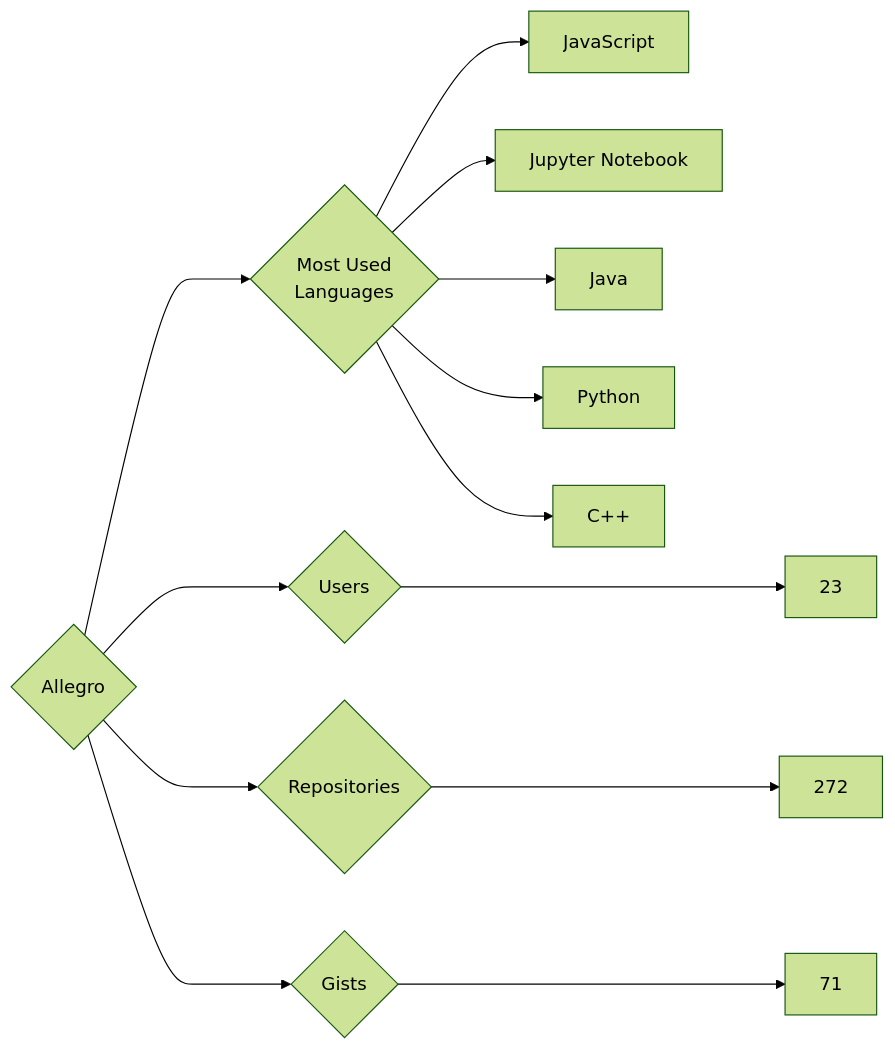
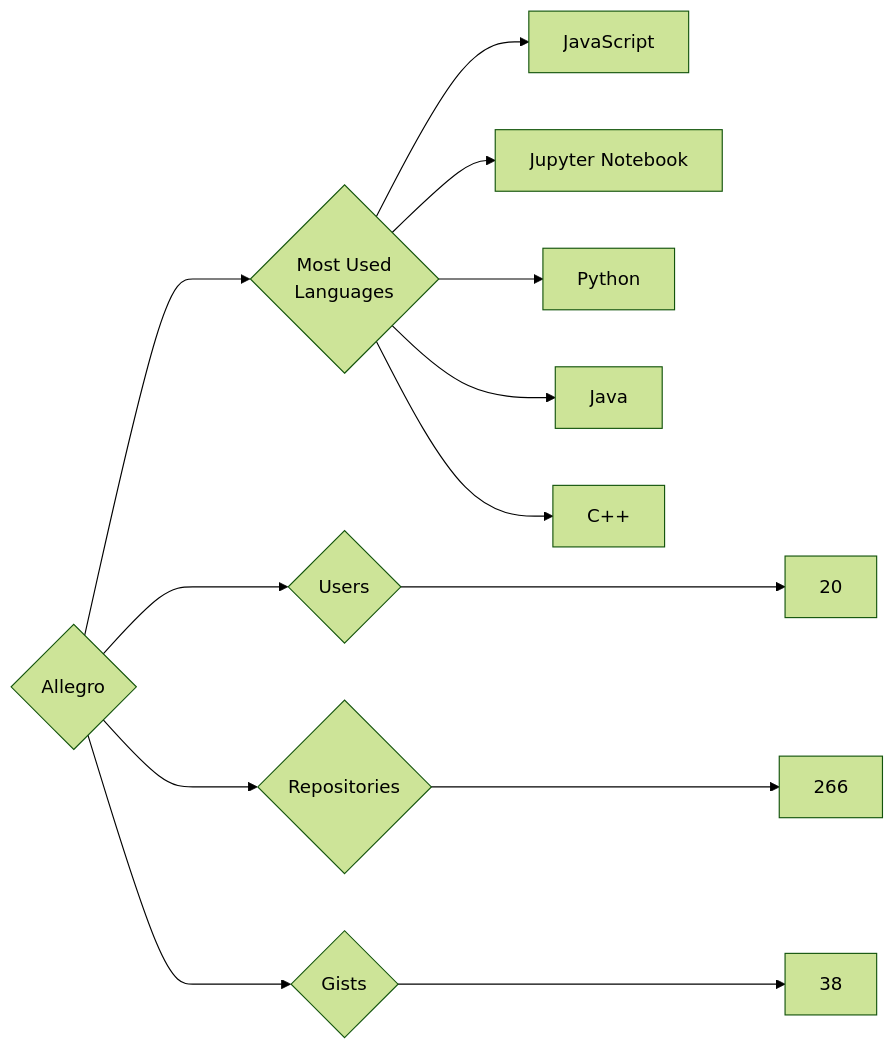
One commit to trickest/insiders changed the diagram in targets/Allegro/README.md. Above: the diagram before and after it, drawn with Mermaid (forest theme). The commit also changed 895 other files, not shown here.

````diff
--- a/targets/Allegro/README.md
+++ b/targets/Allegro/README.md
@@ -3,13 +3,13 @@
 ```mermaid
 graph LR
 COMPANY_NAME{Allegro}
-COMPANY_NAME ---> U{Users} ---> UN[23]
-COMPANY_NAME ---> R{Repositories} ---> RN[272]
-COMPANY_NAME ---> G{Gists} ---> GN[71]
+COMPANY_NAME ---> U{Users} ---> UN[20]
+COMPANY_NAME ---> R{Repositories} ---> RN[266]
+COMPANY_NAME ---> G{Gists} ---> GN[38]
 COMPANY_NAME ---> ML{Most Used<br>Languages}
 ML --> JavaScript[JavaScript]
 ML --> Jupyter_Notebook[Jupyter Notebook]
+ML --> Python[Python]
 ML --> Java[Java]
-ML --> Python[Python]
 ML --> C++[C++]
 ```
````
